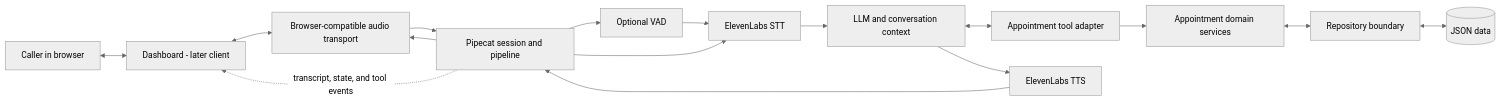
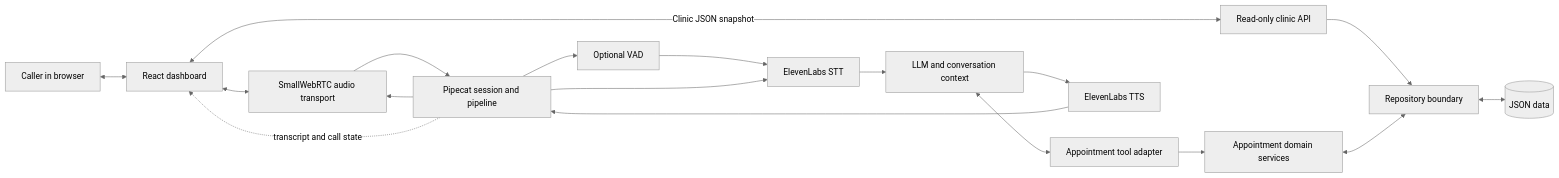
One commit to FaizanMohd5/Voice-AI-doctor-appointment-booking changed the first of 2 diagrams in docs/architecture-and-build-guide.md. Above: the diagram before and after it, drawn with Mermaid (neutral theme). The commit also changed other lines of this file and 19 other files, not shown here.

````diff
--- a/docs/architecture-and-build-guide.md
+++ b/docs/architecture-and-build-guide.md
@@ -26,31 +26,34 @@
 ```mermaid
 flowchart LR
     Caller[Caller in browser]
-    UI[Dashboard - later client]
-    Transport[Browser-compatible audio transport]
+    UI[React dashboard]
+    DashboardAPI[Read-only clinic API]
+    Transport[SmallWebRTC audio transport]
     Session[Pipecat session and pipeline]
     VAD[Optional VAD]
     STT[ElevenLabs STT]
     LLM[LLM and conversation context]
     Tools[Appointment tool adapter]
     Domain[Appointment domain services]
     Repo[Repository boundary]
     JSON[(JSON data)]
     TTS[ElevenLabs TTS]
 
     Caller <--> UI
     UI <--> Transport
+    UI <-->|Clinic JSON snapshot| DashboardAPI
+    DashboardAPI --> Repo
     Transport --> Session
     Session --> VAD
     VAD --> STT
     Session --> STT
     STT --> LLM
     LLM <--> Tools
     Tools --> Domain
     Domain <--> Repo
     Repo <--> JSON
     LLM --> TTS
     TTS --> Session
     Session --> Transport
-    Session -. transcript, state, and tool events .-> UI
+    Session -. transcript and call state .-> UI
 ```
````
